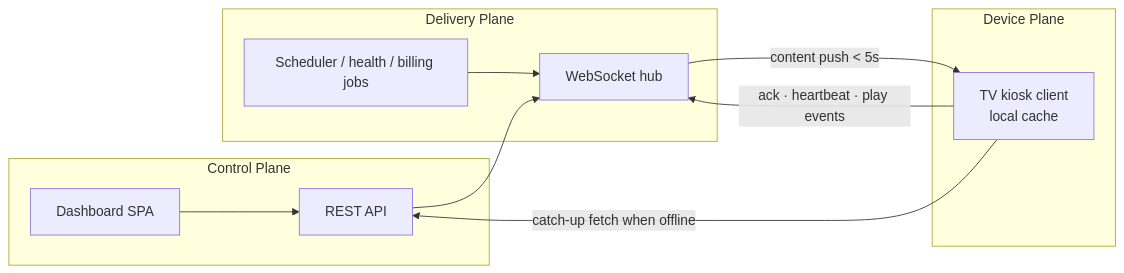
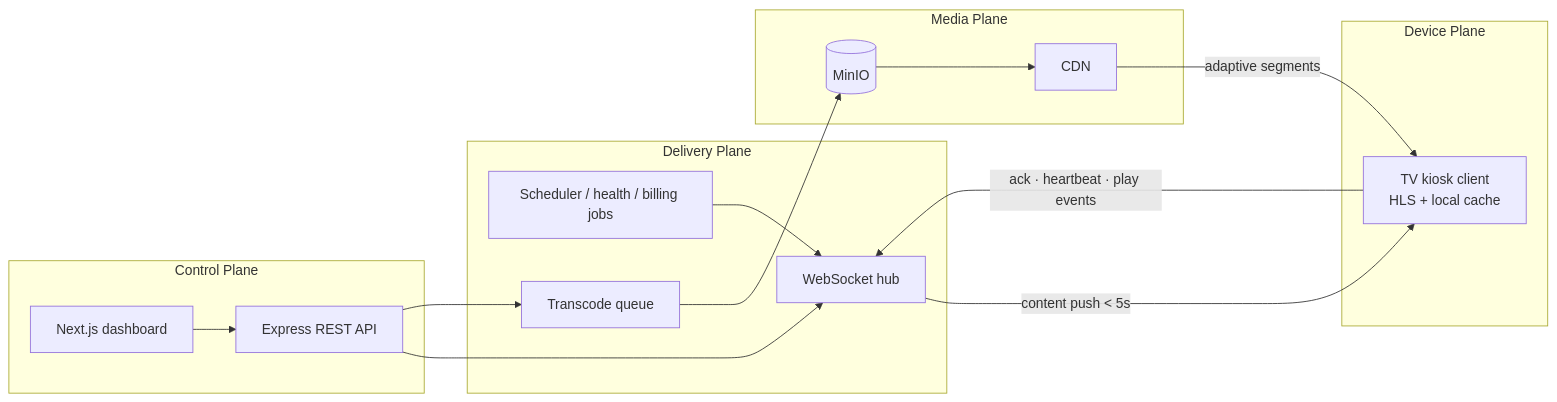
The diagram in README.md (farzanshibu/tv-boardcaster), drawn with Mermaid before and after one commit. The commit also changed other lines of this file and 78 other files, not shown here.

````diff
--- a/README.md
+++ b/README.md
@@ -58,20 +74,28 @@
 ```mermaid
 flowchart LR
   subgraph Control["Control Plane"]
-    D[Dashboard SPA]
-    A[REST API]
+    D[Next.js dashboard]
+    A[Express REST API]
   end
   subgraph Delivery["Delivery Plane"]
     W[WebSocket hub]
     J[Scheduler / health / billing jobs]
+    Q[Transcode queue]
+  end
+  subgraph Storage["Media Plane"]
+    M[(MinIO)]
+    C[CDN]
   end
   subgraph Device["Device Plane"]
-    T[TV kiosk client<br/>local cache]
+    T[TV kiosk client<br/>HLS + local cache]
   end
   D --> A
   A --> W
+  A --> Q
+  Q --> M
+  M --> C
   J --> W
-  W -- "content push < 5s" --> T
+  W -- "content push &lt; 5s" --> T
+  C -- "adaptive segments" --> T
   T -- "ack · heartbeat · play events" --> W
-  T -- "catch-up fetch when offline" --> A
 ```
````
